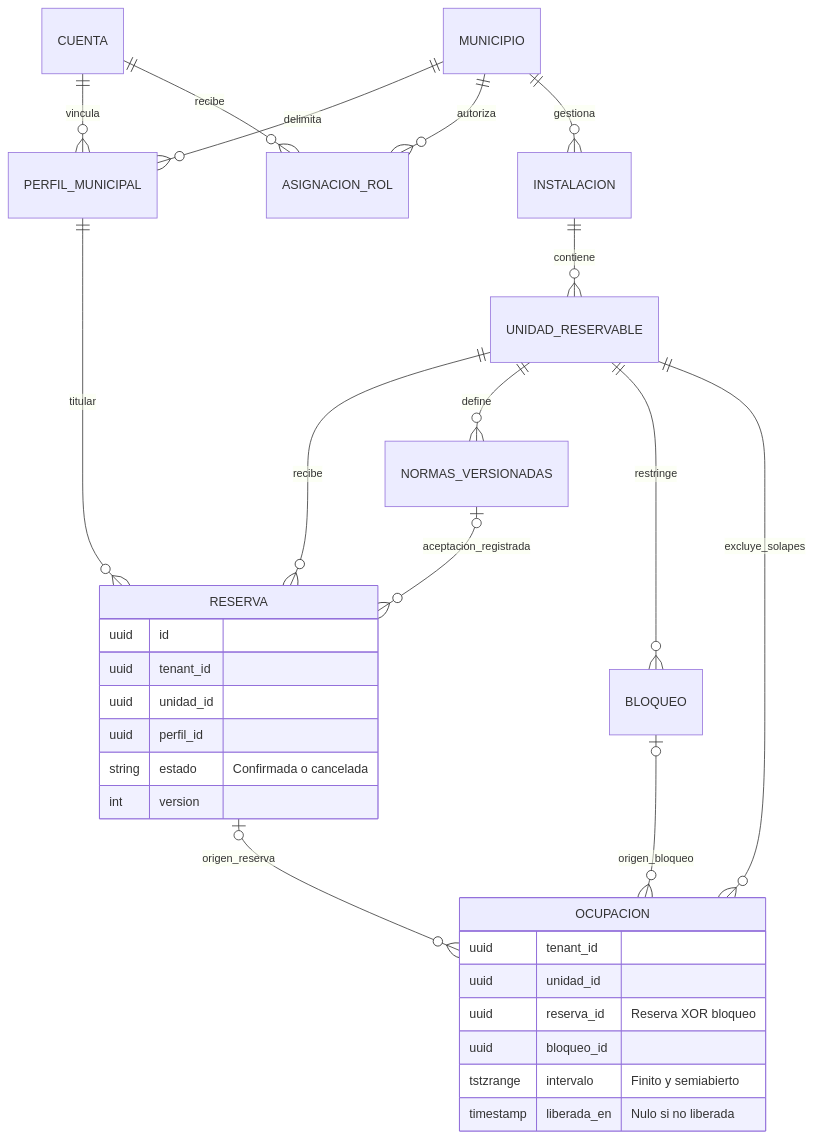
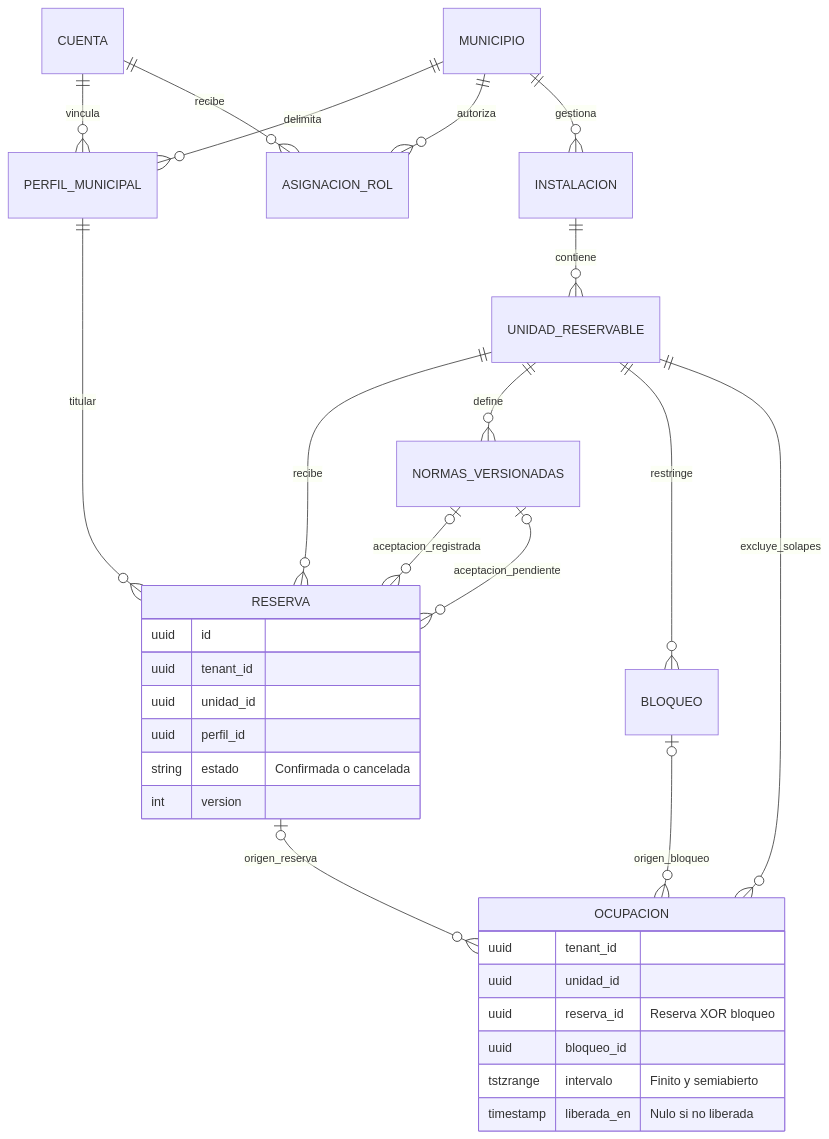
The first of 2 diagrams in docs/02_modelo_dominio.md (alanslzrr/quenda), drawn with Mermaid before and after one commit. The commit also changed other lines of this file and 6 other files, not shown here.

````diff
--- a/docs/02_modelo_dominio.md
+++ b/docs/02_modelo_dominio.md
@@ -27,33 +27,34 @@
 ```mermaid
 erDiagram
   CUENTA ||--o{ PERFIL_MUNICIPAL : vincula
   CUENTA ||--o{ ASIGNACION_ROL : recibe
   MUNICIPIO ||--o{ PERFIL_MUNICIPAL : delimita
   MUNICIPIO ||--o{ ASIGNACION_ROL : autoriza
   MUNICIPIO ||--o{ INSTALACION : gestiona
   INSTALACION ||--o{ UNIDAD_RESERVABLE : contiene
   UNIDAD_RESERVABLE ||--o{ RESERVA : recibe
   UNIDAD_RESERVABLE ||--o{ NORMAS_VERSIONADAS : define
   NORMAS_VERSIONADAS o|--o{ RESERVA : aceptacion_registrada
+  NORMAS_VERSIONADAS o|--o{ RESERVA : aceptacion_pendiente
   UNIDAD_RESERVABLE ||--o{ BLOQUEO : restringe
   PERFIL_MUNICIPAL ||--o{ RESERVA : titular
   RESERVA o|--o{ OCUPACION : origen_reserva
   BLOQUEO o|--o{ OCUPACION : origen_bloqueo
   UNIDAD_RESERVABLE ||--o{ OCUPACION : excluye_solapes
   RESERVA {
     uuid id
     uuid tenant_id
     uuid unidad_id
     uuid perfil_id
     string estado "Confirmada o cancelada"
     int version
   }
   OCUPACION {
     uuid tenant_id
     uuid unidad_id
     uuid reserva_id "Reserva XOR bloqueo"
     uuid bloqueo_id
     tstzrange intervalo "Finito y semiabierto"
     timestamp liberada_en "Nulo si no liberada"
   }
 ```
````
